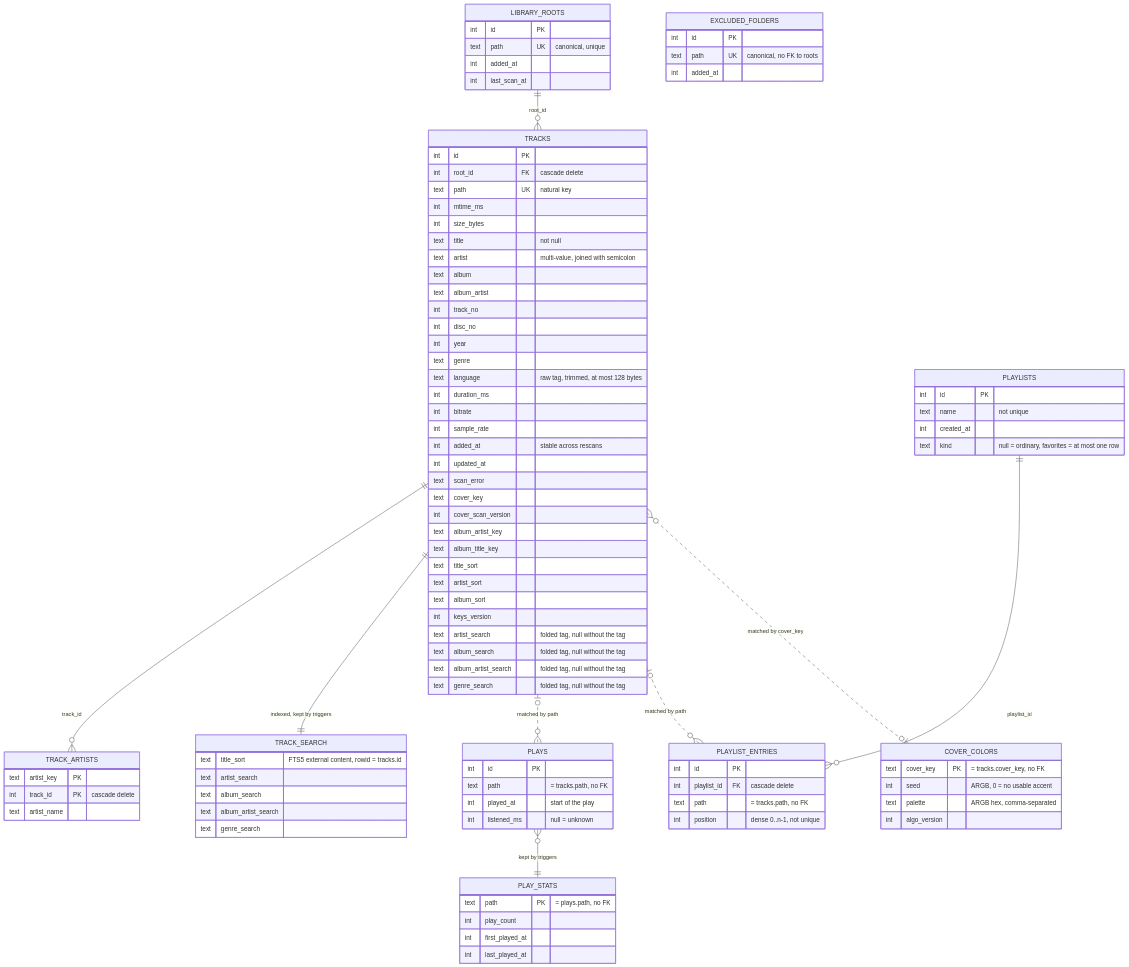
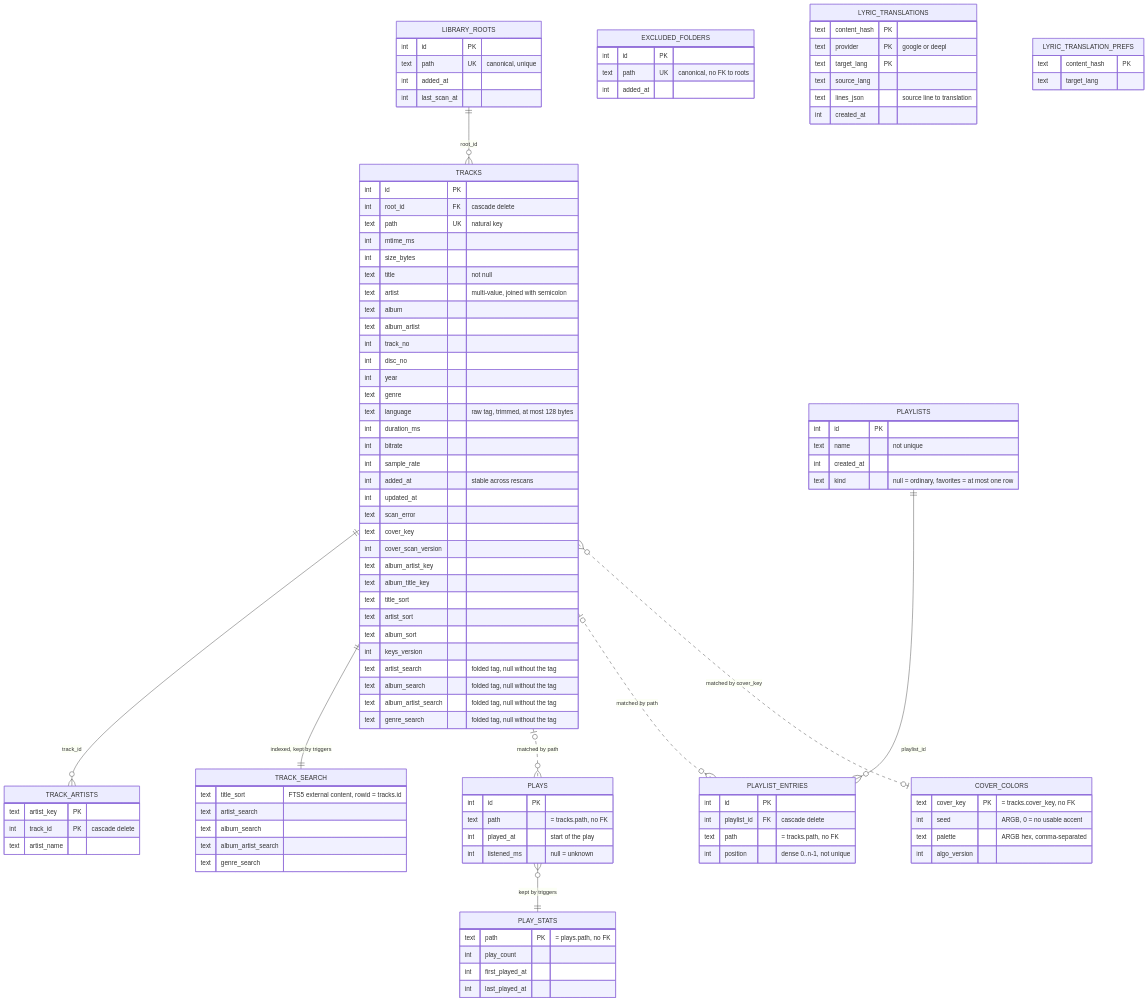
The seventh of 8 diagrams in docs/system-architecture.md (kanaru313/kanaru), drawn with Mermaid before and after one commit. The commit also changed other lines of this file and 16 other files, not shown here.

```diff
--- a/docs/system-architecture.md
+++ b/docs/system-architecture.md
@@ -462,6 +462,18 @@
         text path UK "canonical, no FK to roots"
         int added_at
     }
+    LYRIC_TRANSLATIONS {
+        text content_hash PK
+        text provider PK "google or deepl"
+        text target_lang PK
+        text source_lang
+        text lines_json "source line to translation"
+        int created_at
+    }
+    LYRIC_TRANSLATION_PREFS {
+        text content_hash PK
+        text target_lang
+    }
     LIBRARY_ROOTS ||--o{ TRACKS : "root_id"
     TRACKS ||--o{ TRACK_ARTISTS : "track_id"
     TRACKS ||--|| TRACK_SEARCH : "indexed, kept by triggers"
```
